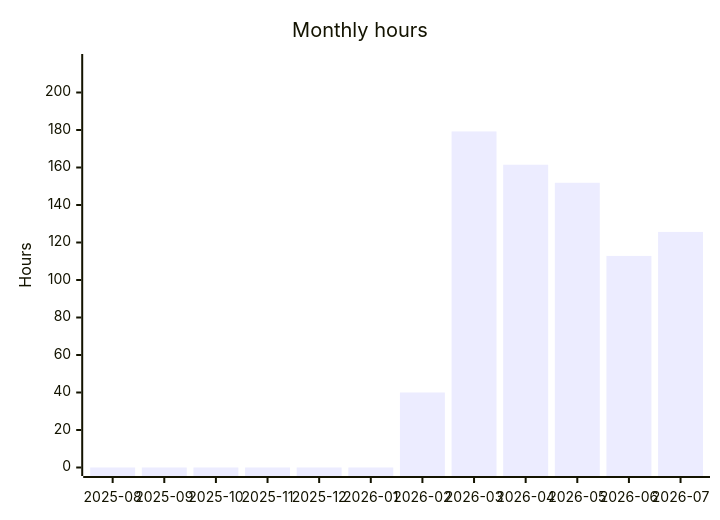
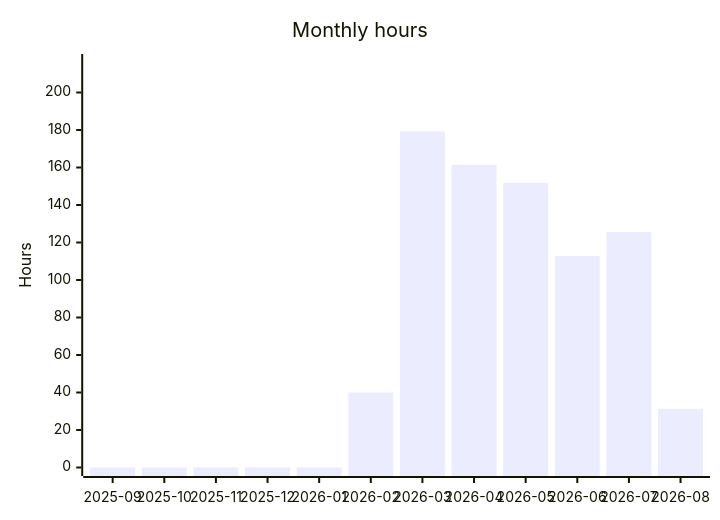
Before and after one commit to albinforsberg-netizen/timeclock: the fourth of 5 diagrams in README.org, drawn with Mermaid. The commit also changed other lines of this file, not shown here.

```diff
--- a/README.org
+++ b/README.org
@@ -120,7 +120,7 @@
 #+begin_src mermaid
 xychart-beta
     title "Monthly hours"
-    x-axis ["2025-08", "2025-09", "2025-10", "2025-11", "2025-12", "2026-01", "2026-02", "2026-03", "2026-04", "2026-05", "2026-06", "2026-07"]
+    x-axis ["2025-09", "2025-10", "2025-11", "2025-12", "2026-01", "2026-02", "2026-03", "2026-04", "2026-05", "2026-06", "2026-07", "2026-08"]
     y-axis "Hours" 0 --> 216
-    bar [0.00, 0.00, 0.00, 0.00, 0.00, 0.00, 40.00, 179.23, 161.48, 151.86, 112.85, 125.64]
+    bar [0.00, 0.00, 0.00, 0.00, 0.00, 40.00, 179.23, 161.48, 151.86, 112.85, 125.64, 31.34]
 #+end_src
```
